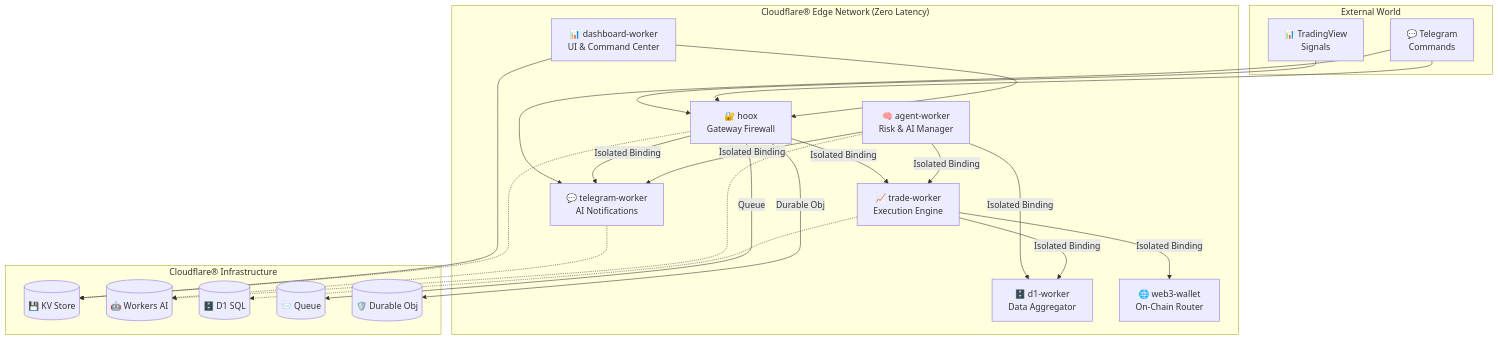
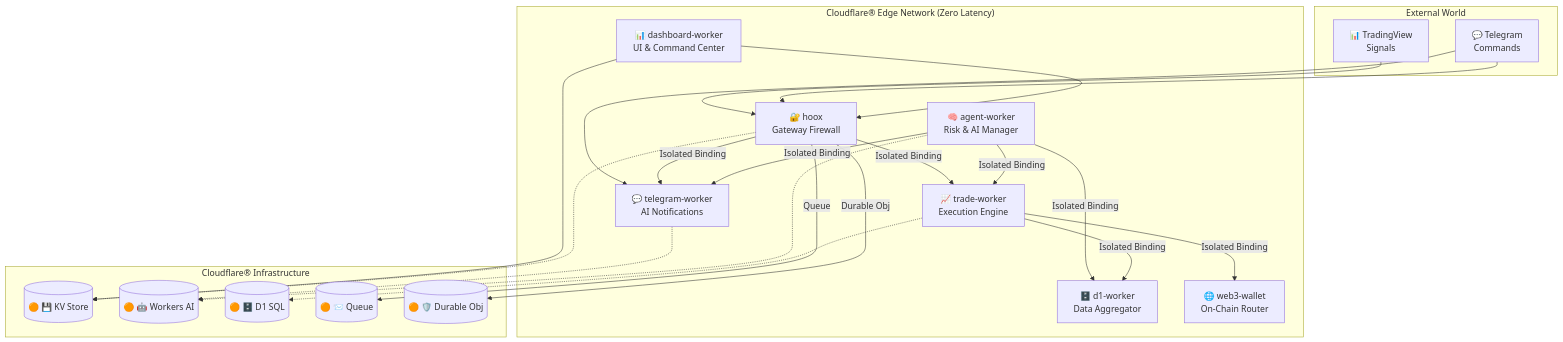
Before and after one commit to jango-blockchained/hoox-setup: the diagram in README.md, drawn with Mermaid. The commit also changed other lines of this file, not shown here.

````diff
--- a/README.md
+++ b/README.md
@@ -83,47 +83,47 @@
 ```mermaid
 graph TB
     subgraph "External World"
         TV["📊 TradingView<br/>Signals"]
         TG["💬 Telegram<br/>Commands"]
     end
 
     subgraph "Cloudflare® Edge Network (Zero Latency)"
         hoox["🔐 hoox<br/>Gateway Firewall"]
         trade["📈 trade-worker<br/>Execution Engine"]
         telegram["💬 telegram-worker<br/>AI Notifications"]
         agent["🧠 agent-worker<br/>Risk & AI Manager"]
         dash["📊 dashboard-worker<br/>UI & Command Center"]
         d1["🗄️ d1-worker<br/>Data Aggregator"]
         web3["🌐 web3-wallet<br/>On-Chain Router"]
     end
 
     subgraph "Cloudflare® Infrastructure"
-        KV[(💾 KV Store)]
-        AI[(🤖 Workers AI)]
-        DB[(🗄️ D1 SQL)]
-        Q[(📨 Queue)]
-        DO[(🛡️ Durable Obj)]
+        KV[(🟠 💾 KV Store)]
+        AI[(🟠 🤖 Workers AI)]
+        DB[(🟠 🗄️ D1 SQL)]
+        Q[(🟠 📨 Queue)]
+        DO[(🟠 🛡️ Durable Obj)]
     end
 
     TV --> hoox
     TG --> hoox
     TG --> telegram
     dash --> KV
     dash --> hoox
 
     hoox -->|Isolated Binding| trade
     hoox -->|Queue | Q
     hoox -->|Durable Obj| DO
     hoox -->|Isolated Binding| telegram
     agent -->|Isolated Binding| trade
     agent -->|Isolated Binding| telegram
     agent -->|Isolated Binding| d1
 
     trade -->|Isolated Binding| d1
     trade -->|Isolated Binding| web3
 
     hoox -.-> KV
     trade -.-> DB
     telegram -.-> AI
     agent -.-> AI
 ```
````
